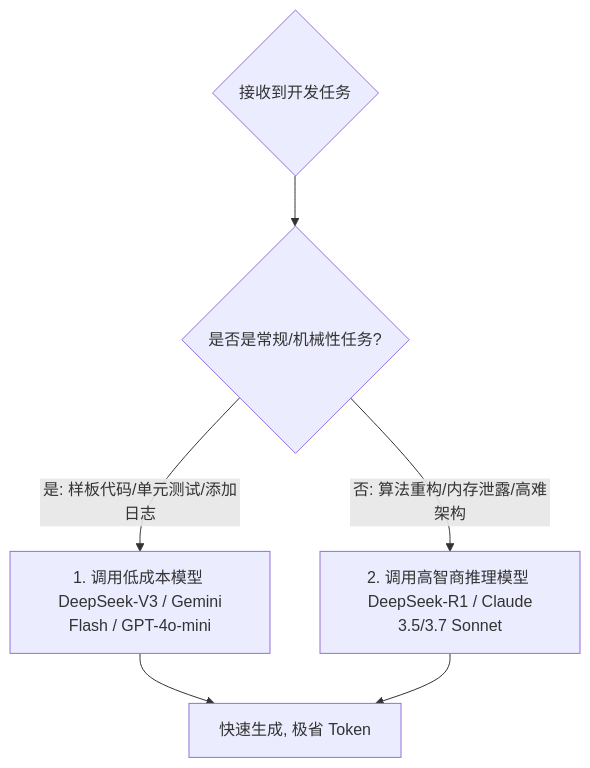
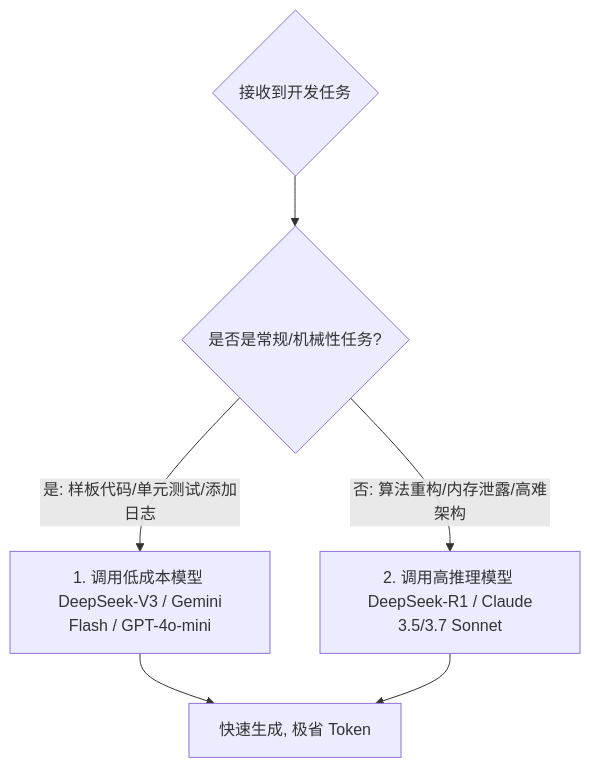
One commit to ruanqizhen/cocode changed the diagram in docs/cost_control.md. Above: the diagram before and after it, drawn with Mermaid. The commit also changed other lines of this file and 14 other files, not shown here.

````diff
--- a/docs/cost_control.md
+++ b/docs/cost_control.md
@@ -61,10 +53,10 @@
 ```mermaid
 graph TD
     Task{接收到开发任务} --> Easy{是否是常规/机械性任务?}
     
     Easy -- 是: 样板代码/单元测试/添加日志 --> Flash[1. 调用低成本模型 <br> DeepSeek-V3 / Gemini Flash / GPT-4o-mini]
-    Easy -- 否: 算法重构/内存泄露/高难架构 --> Reasoning[2. 调用高智商推理模型 <br> DeepSeek-R1 / Claude 3.5/3.7 Sonnet]
+    Easy -- 否: 算法重构/内存泄露/高难架构 --> Reasoning[2. 调用高推理模型 <br> DeepSeek-R1 / Claude 3.5/3.7 Sonnet]
     
     Flash --> End[快速生成, 极省 Token]
     Reasoning --> End
 ```
````
